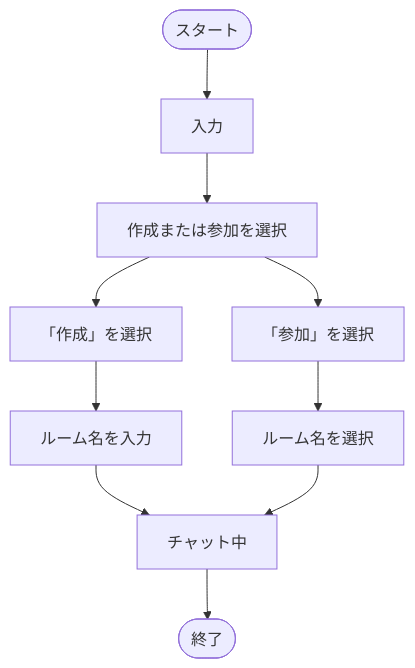
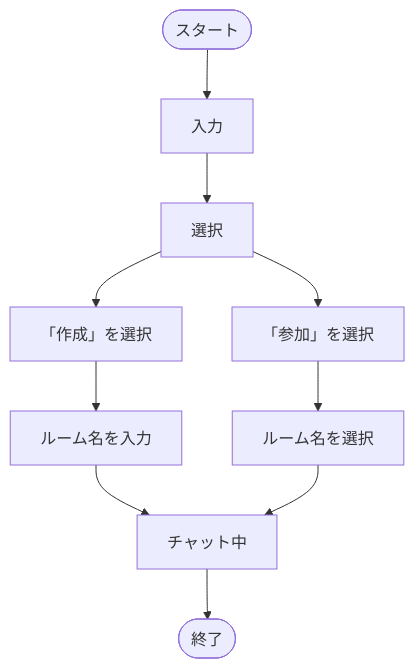
The first of 4 diagrams in README.md (BackendExplorer/Online-Chat-Service), drawn with Mermaid before and after one commit.

````diff
--- a/README.md
+++ b/README.md
@@ -177,23 +177,21 @@
 ```mermaid
 flowchart TD
     Start([スタート])
-
-    選択[作成または参加を選択]
 
     作成1[「作成」を選択]
     ルーム名入力[ルーム名を入力]
 
     参加2[「参加」を選択]
     ルーム一覧[ルーム名を選択]
 
     チャット中[チャット中]
     End([終了])
 
     Start --> 入力 --> 選択
 
     選択 --> 作成1 --> ルーム名入力 --> チャット中
     選択 --> 参加2 --> ルーム一覧 --> チャット中
 
     チャット中 --> End
 
 ```
````
